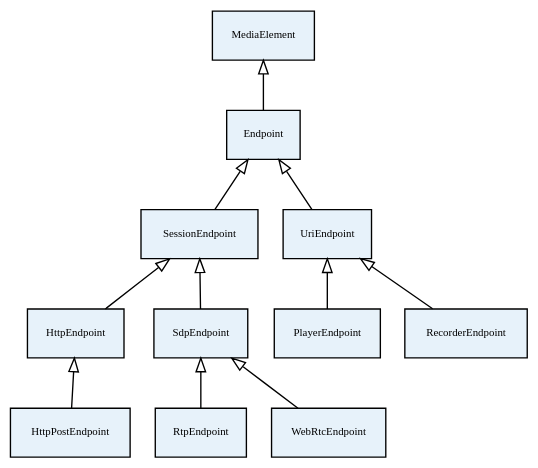
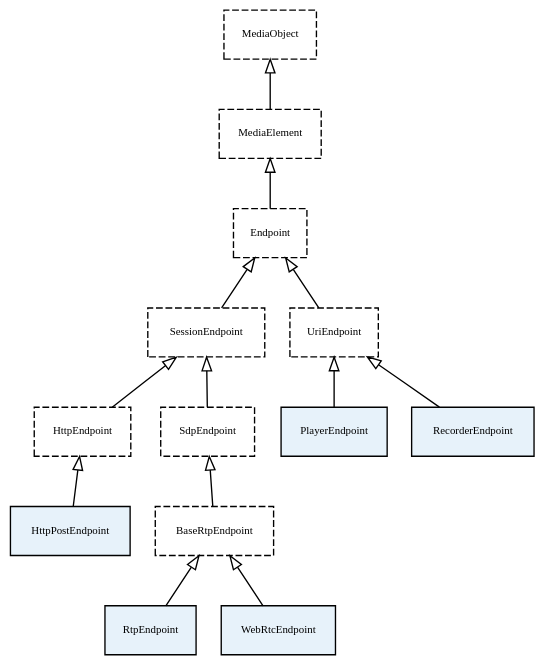
Before and after one commit to Kurento/kurento: the diagram in source/images/graphs/endpoints.dot, drawn with Graphviz. The commit also changed 3 other files, not shown here.

```diff
--- a/source/images/graphs/endpoints.dot
+++ b/source/images/graphs/endpoints.dot
@@ -1,36 +1,43 @@
 digraph endpoints {
   bgcolor = "transparent";
   fontname = "Bitstream Vera Sans";
   fontsize = 8;
   size = "12,8";
-
-  node [
-    fillcolor = "#E7F2FA";
-    fontname = "Bitstream Vera Sans";
-    fontsize = 8;
-    shape = "record";
-    style = "filled";
-  ]
 
   edge [
     arrowtail = "empty";
     dir = "back";
     fontname = "Bitstream Vera Sans";
     fontsize = 8;
   ]
 
+  node [
+    fillcolor = "#E7F2FA";
+    fontname = "Bitstream Vera Sans";
+    fontsize = 8;
+    shape = "record";
+    style = "dashed";
+  ]
+
+  "MediaObject" -> "MediaElement";
+
   "MediaElement" -> "Endpoint";
+
   "Endpoint" -> "SessionEndpoint";
   "Endpoint" -> "UriEndpoint";
 
   "SessionEndpoint" -> "HttpEndpoint";
   "SessionEndpoint" -> "SdpEndpoint";
 
+  "SdpEndpoint" -> "BaseRtpEndpoint";
+
+  node [ style = "filled" ]
+
   "HttpEndpoint" -> "HttpPostEndpoint";
 
-  "SdpEndpoint" -> "RtpEndpoint";
-  "SdpEndpoint" -> "WebRtcEndpoint";
+  "BaseRtpEndpoint" -> "RtpEndpoint";
+  "BaseRtpEndpoint" -> "WebRtcEndpoint";
 
   "UriEndpoint" -> "PlayerEndpoint";
   "UriEndpoint" -> "RecorderEndpoint";
 }
```
